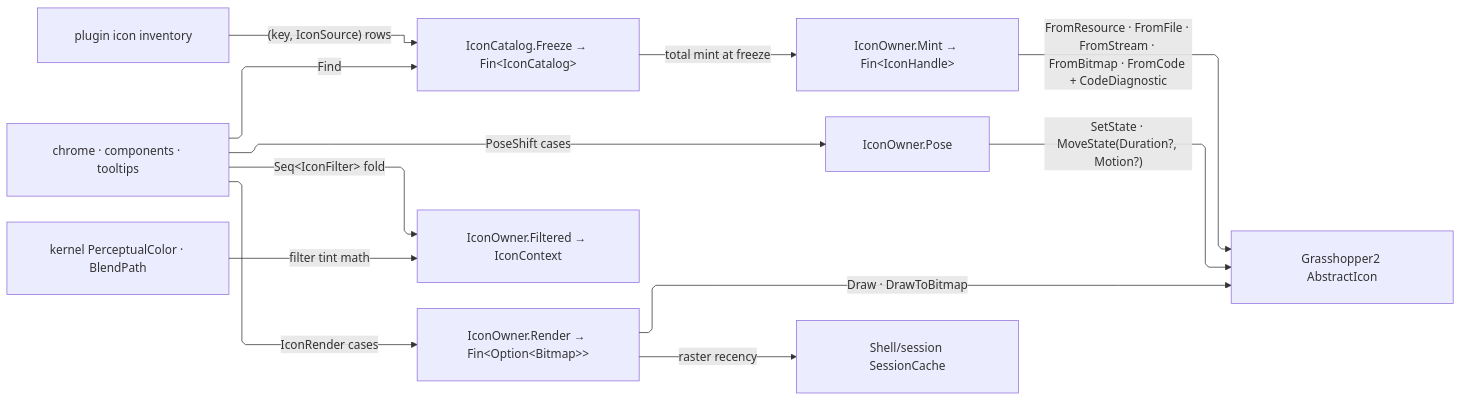
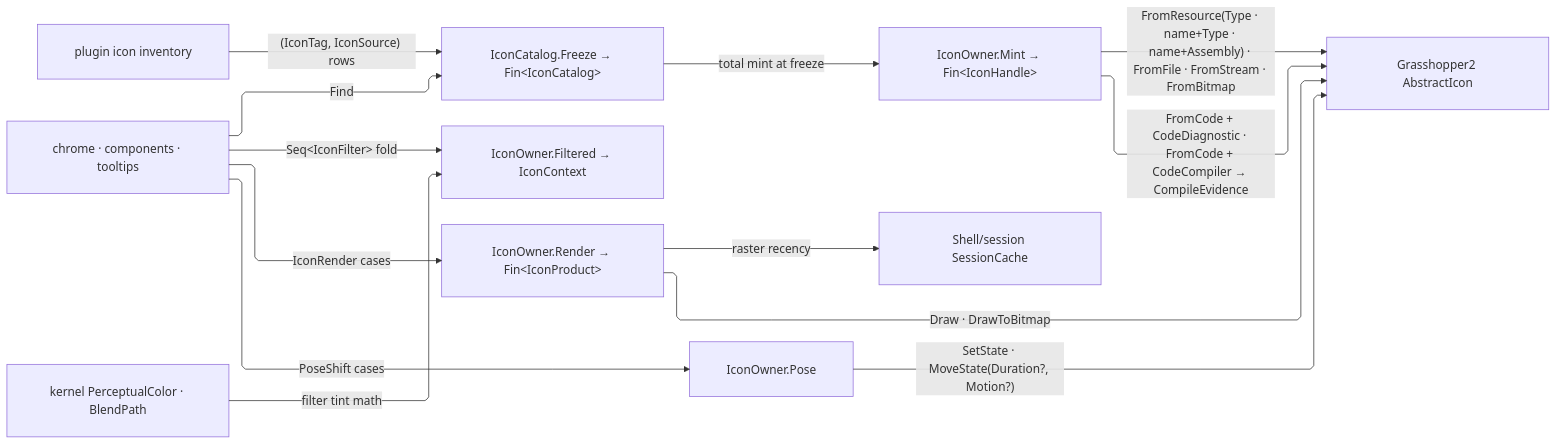
Before and after one commit to bsamiee/Rasm: the diagram in libs/csharp/Rasm.Grasshopper/.planning/Shell/icons.md, drawn with Mermaid. The commit also changed other lines of this file and 693 other files, not shown here.

````diff
--- a/libs/csharp/Rasm.Grasshopper/.planning/Shell/icons.md
+++ b/libs/csharp/Rasm.Grasshopper/.planning/Shell/icons.md
@@ -199,23 +284,24 @@
 ```mermaid
 ---
 config:
   layout: elk
   flowchart:
     curve: linear
     padding: 25
 ---
 flowchart LR
     accTitle: Admit, own, and render Grasshopper icons
     accDescr: Plugin icon rows freeze through one mint gate into a catalog; consumers resolve, pose, filter, and render admitted handles while raster products enter the session cache and perceptual colour policy feeds the filter rail.
-    Plugin["plugin icon inventory"] -->|"(key, IconSource) rows"| Freeze["IconCatalog.Freeze → Fin&lt;IconCatalog&gt;"]
+    Plugin["plugin icon inventory"] -->|"(IconTag, IconSource) rows"| Freeze["IconCatalog.Freeze → Fin&lt;IconCatalog&gt;"]
     Freeze -->|total mint at freeze| MintGate["IconOwner.Mint → Fin&lt;IconHandle&gt;"]
-    MintGate -->|"FromResource · FromFile · FromStream · FromBitmap · FromCode + CodeDiagnostic"| Host["Grasshopper2 AbstractIcon"]
+    MintGate -->|"FromResource(Type · name+Type · name+Assembly) · FromFile · FromStream · FromBitmap"| Host["Grasshopper2 AbstractIcon"]
+    MintGate -->|"FromCode + CodeDiagnostic · FromCode + CodeCompiler → CompileEvidence"| Host
     Consumer["chrome · components · tooltips"] -->|Find| Freeze
     Consumer -->|PoseShift cases| PoseGate["IconOwner.Pose"]
     PoseGate -->|"SetState · MoveState(Duration?, Motion?)"| Host
     Consumer -->|"Seq&lt;IconFilter&gt; fold"| Filter["IconOwner.Filtered → IconContext"]
-    Consumer -->|IconRender cases| RenderGate["IconOwner.Render → Fin&lt;Option&lt;Bitmap&gt;&gt;"]
+    Consumer -->|IconRender cases| RenderGate["IconOwner.Render → Fin&lt;IconProduct&gt;"]
     RenderGate -->|"Draw · DrawToBitmap"| Host
     RenderGate -->|raster recency| Cache["Shell/session SessionCache"]
     Kernel["kernel PerceptualColor · BlendPath"] -->|filter tint math| Filter
 ```
````
